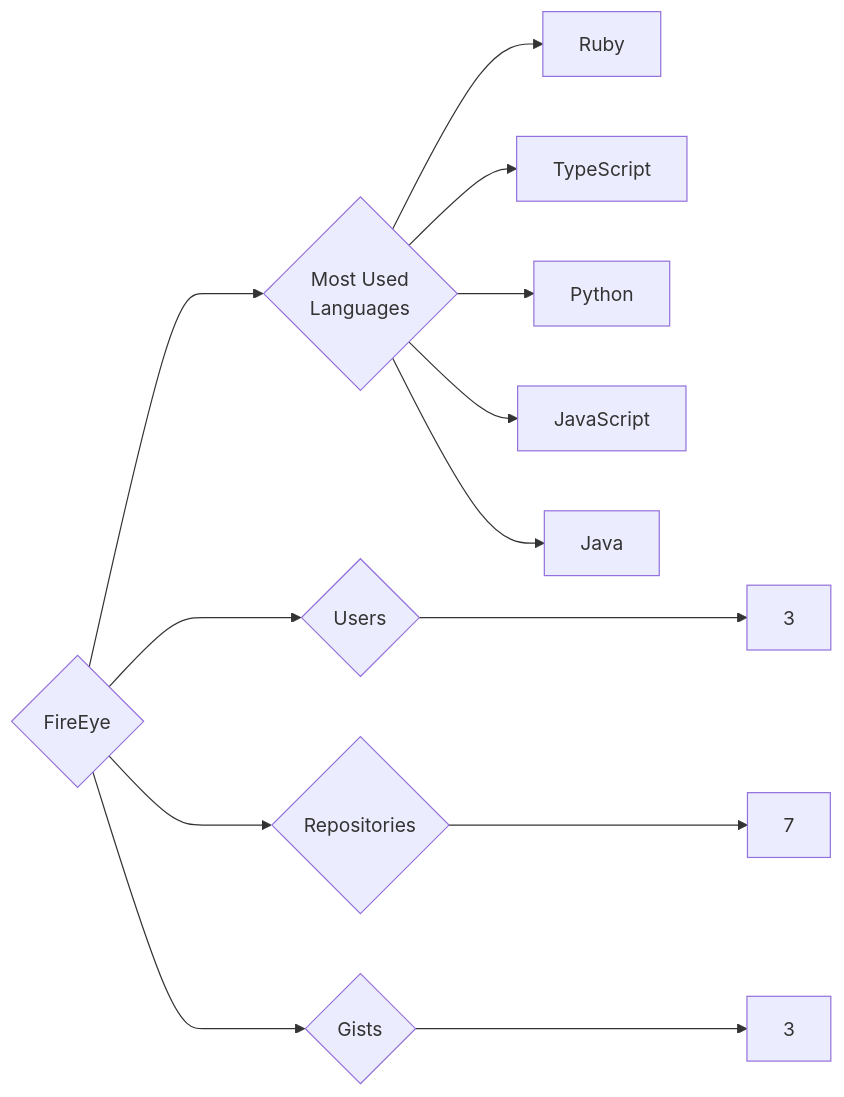
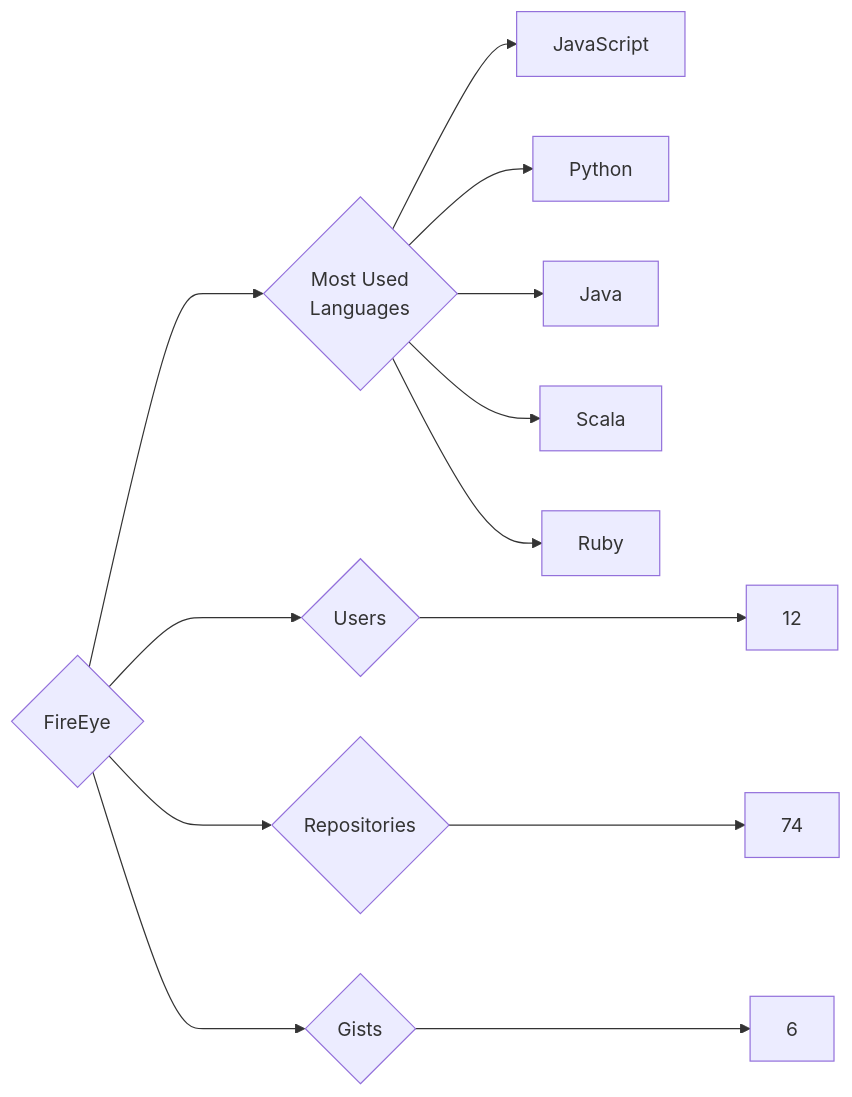
Before and after one commit to trickest/insiders: the diagram in targets/FireEye/README.md, drawn with Mermaid. The commit also changed 1089 other files, not shown here.

````diff
--- a/targets/FireEye/README.md
+++ b/targets/FireEye/README.md
@@ -3,13 +3,13 @@
 ```mermaid
 graph LR
 COMPANY_NAME{FireEye}
-COMPANY_NAME ---> U{Users} ---> UN[3]
-COMPANY_NAME ---> R{Repositories} ---> RN[7]
-COMPANY_NAME ---> G{Gists} ---> GN[3]
+COMPANY_NAME ---> U{Users} ---> UN[12]
+COMPANY_NAME ---> R{Repositories} ---> RN[74]
+COMPANY_NAME ---> G{Gists} ---> GN[6]
 COMPANY_NAME ---> ML{Most Used<br>Languages}
+ML --> JavaScript[JavaScript]
+ML --> Python[Python]
+ML --> Java[Java]
+ML --> Scala[Scala]
 ML --> Ruby[Ruby]
-ML --> TypeScript[TypeScript]
-ML --> Python[Python]
-ML --> JavaScript[JavaScript]
-ML --> Java[Java]
 ```
````
